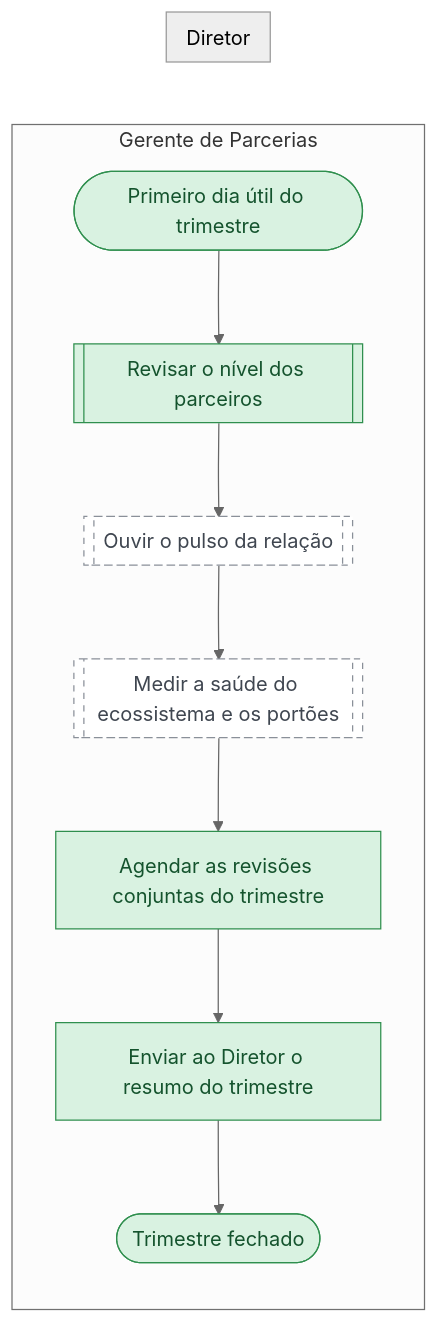
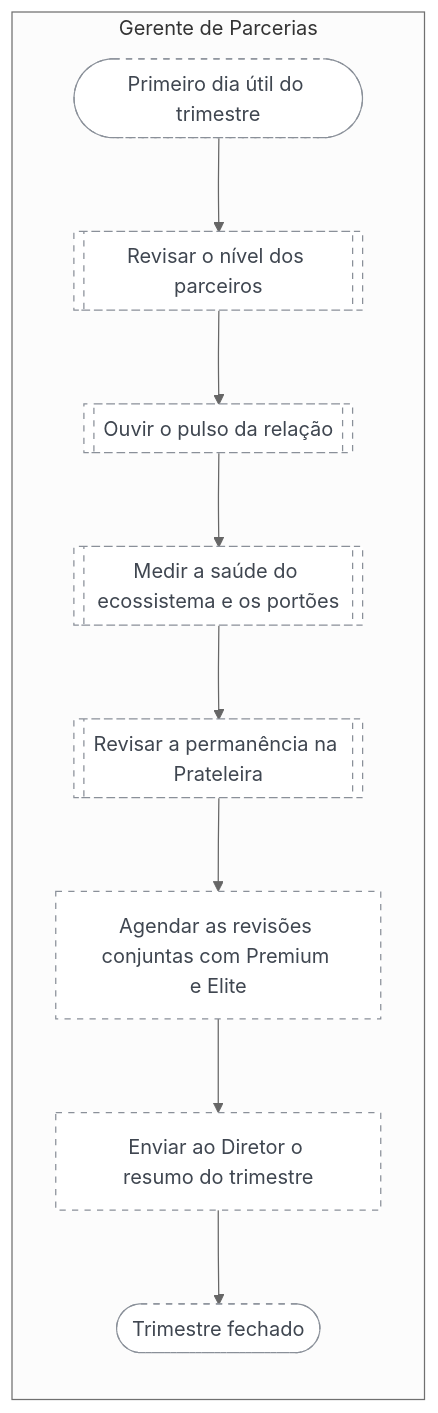
One commit to Guilherme-MFaccin/Wise-Partners changed the diagram in mapeamentos/wise-partners-to-be/saidas/mermaid/fluxo-2-4-conduzir-o-fechamento-trimestral.mmd. Above: the diagram before and after it, drawn with Mermaid (neutral theme). The commit also changed 278 other files, not shown here.

First line of the commit message:
Mapeamento to-be v9: revisão crítica dos processos pelo método e FO-14 com a explicação de cada decisão

```diff
--- a/mapeamentos/wise-partners-to-be/saidas/mermaid/fluxo-2-4-conduzir-o-fechamento-trimestral.mmd
+++ b/mapeamentos/wise-partners-to-be/saidas/mermaid/fluxo-2-4-conduzir-o-fechamento-trimestral.mmd
@@ -1,22 +1,22 @@
 flowchart LR
     classDef confirmado fill:#D9F2E1,stroke:#2F8F4E,color:#14532D
     classDef declarado fill:#FFF3C4,stroke:#B8860B,color:#5C4300
     classDef hipotese fill:#FFFFFF,stroke:#8A9099,color:#3F4650,stroke-dasharray: 5 5
     classDef contestado fill:#FDE2E1,stroke:#C53030,color:#7F1D1D
     subgraph raia_PA_01 ["Gerente de Parcerias"]
-      n_i1(["Primeiro dia útil do trimestre"]):::confirmado
-      n_s1[["Revisar o nível dos parceiros"]]:::confirmado
+      n_i1(["Primeiro dia útil do trimestre"]):::hipotese
+      n_s1[["Revisar o nível dos parceiros"]]:::hipotese
       n_s2[["Ouvir o pulso da relação"]]:::hipotese
       n_s3[["Medir a saúde do ecossistema e os portões"]]:::hipotese
-      n_t1["Agendar as revisões conjuntas do trimestre"]:::confirmado
-      n_t2["Enviar ao Diretor o resumo do trimestre"]:::confirmado
-      n_f1(["Trimestre fechado"]):::confirmado
-    end
-    subgraph raia_PA_02 ["Diretor"]
+      n_s4[["Revisar a permanência na Prateleira"]]:::hipotese
+      n_t1["Agendar as revisões conjuntas com Premium e Elite"]:::hipotese
+      n_t2["Enviar ao Diretor o resumo do trimestre"]:::hipotese
+      n_f1(["Trimestre fechado"]):::hipotese
     end
     n_i1 --> n_s1
     n_s1 --> n_s2
     n_s2 --> n_s3
-    n_s3 --> n_t1
+    n_s3 --> n_s4
+    n_s4 --> n_t1
     n_t1 --> n_t2
     n_t2 --> n_f1
```
